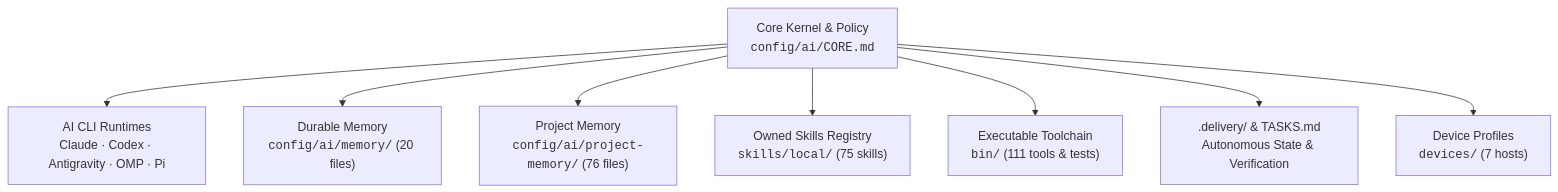
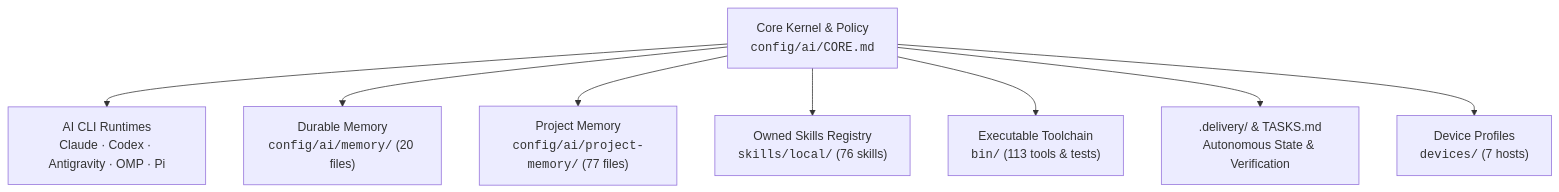
One commit to ongkipro/dotfiles changed the diagram in docs/DOTFILES_SITEMAP.md. Above: the diagram before and after it, drawn with Mermaid. The commit also changed other lines of this file and 18 other files, not shown here.

Commit message:
fix(ai,bin,docs): unify CORE honorific, fix macOS realpath in memory-check, and clean memory hygiene

````diff
--- a/docs/DOTFILES_SITEMAP.md
+++ b/docs/DOTFILES_SITEMAP.md
@@ -12,10 +12,10 @@
 ```mermaid
 graph TD
     Kernel["Core Kernel & Policy<br/><code>config/ai/CORE.md</code>"] --> Runtimes["AI CLI Runtimes<br/>Claude · Codex · Antigravity · OMP · Pi"]
     Kernel --> Memory["Durable Memory<br/><code>config/ai/memory/</code> (20 files)"]
-    Kernel --> ProjectMemory["Project Memory<br/><code>config/ai/project-memory/</code> (76 files)"]
-    Kernel --> Skills["Owned Skills Registry<br/><code>skills/local/</code> (75 skills)"]
-    Kernel --> Bin["Executable Toolchain<br/><code>bin/</code> (111 tools & tests)"]
+    Kernel --> ProjectMemory["Project Memory<br/><code>config/ai/project-memory/</code> (77 files)"]
+    Kernel --> Skills["Owned Skills Registry<br/><code>skills/local/</code> (76 skills)"]
+    Kernel --> Bin["Executable Toolchain<br/><code>bin/</code> (113 tools & tests)"]
     Kernel --> Ledger[".delivery/ & TASKS.md<br/>Autonomous State & Verification"]
     Kernel --> Devices["Device Profiles<br/><code>devices/</code> (7 hosts)"]
 ```
````
